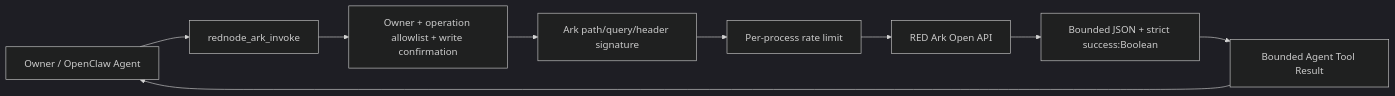
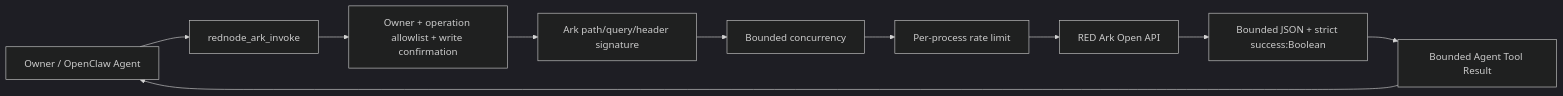
One commit to partme-ai/openclaw-plugins changed the diagram in extensions/rednode/README.md. Above: the diagram before and after it, drawn with Mermaid (dark theme). The commit also changed other lines of this file and 35 other files, not shown here.

First line of the commit message:
feat(amap): 添加高德地图API数字签名和并发控制功能

````diff
--- a/extensions/rednode/README.md
+++ b/extensions/rednode/README.md
@@ -29,10 +30,11 @@
 ```mermaid
 flowchart LR
     A["Owner / OpenClaw Agent"] --> T["rednode_ark_invoke"]
     T --> G["Owner + operation allowlist + write confirmation"]
     G --> S["Ark path/query/header signature"]
-    S --> L["Per-process rate limit"]
+    S --> C["Bounded concurrency"]
+    C --> L["Per-process rate limit"]
     L --> X["RED Ark Open API"]
     X --> R["Bounded JSON + strict success:Boolean"]
     R --> B["Bounded Agent Tool Result"] --> A
 ```
````
